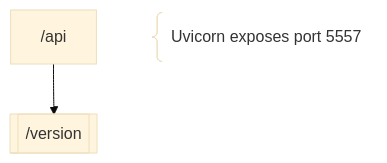
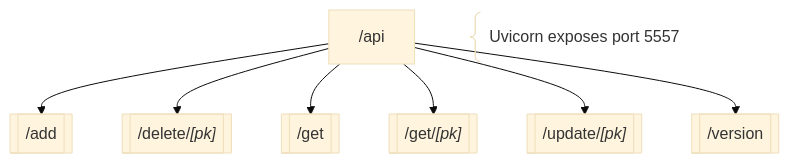
Before and after one commit to chump29/planrr: the diagram in backend/README.md, drawn with Mermaid (base theme). The commit also changed other lines of this file, not shown here.

Commit message:
docs: update flowchart

````diff
--- a/backend/README.md
+++ b/backend/README.md
@@ -4,7 +3,17 @@
 ```mermaid
 flowchart
 api@{shape: rect, label: "/api"}
+add[["`/add`"]]
+delete[["`/delete/*[pk]*`"]]
+get[["`/get`"]]
+get_one[["`/get/*[pk]*`"]]
+update[["`/update/*[pk]*`"]]
 version[["`/version`"]]
+api-->add
+api-->delete
+api-->get
+api-->get_one
+api-->update
 api-->version
 port@{shape: brace, label: "&nbsp; Uvicorn exposes port 5557"}
 ```
````
